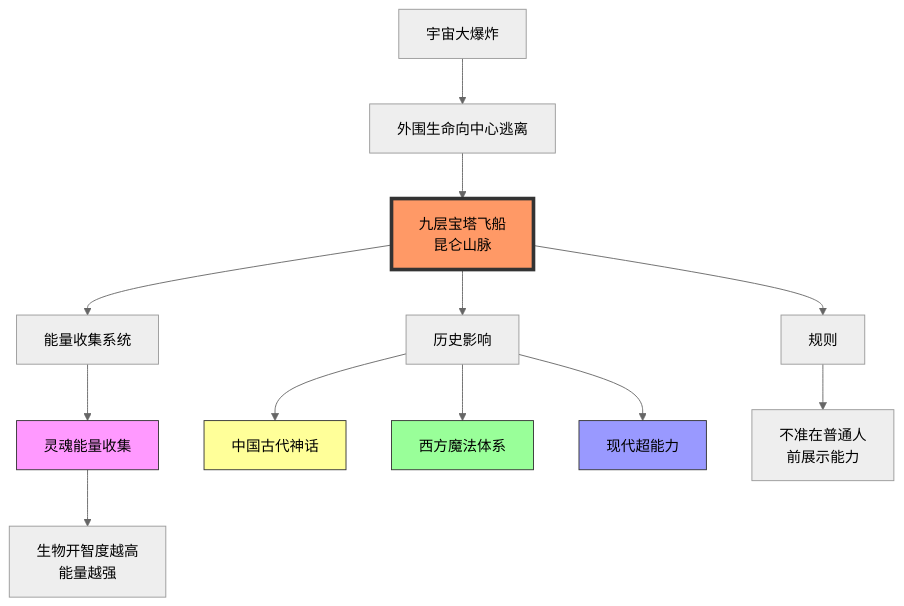
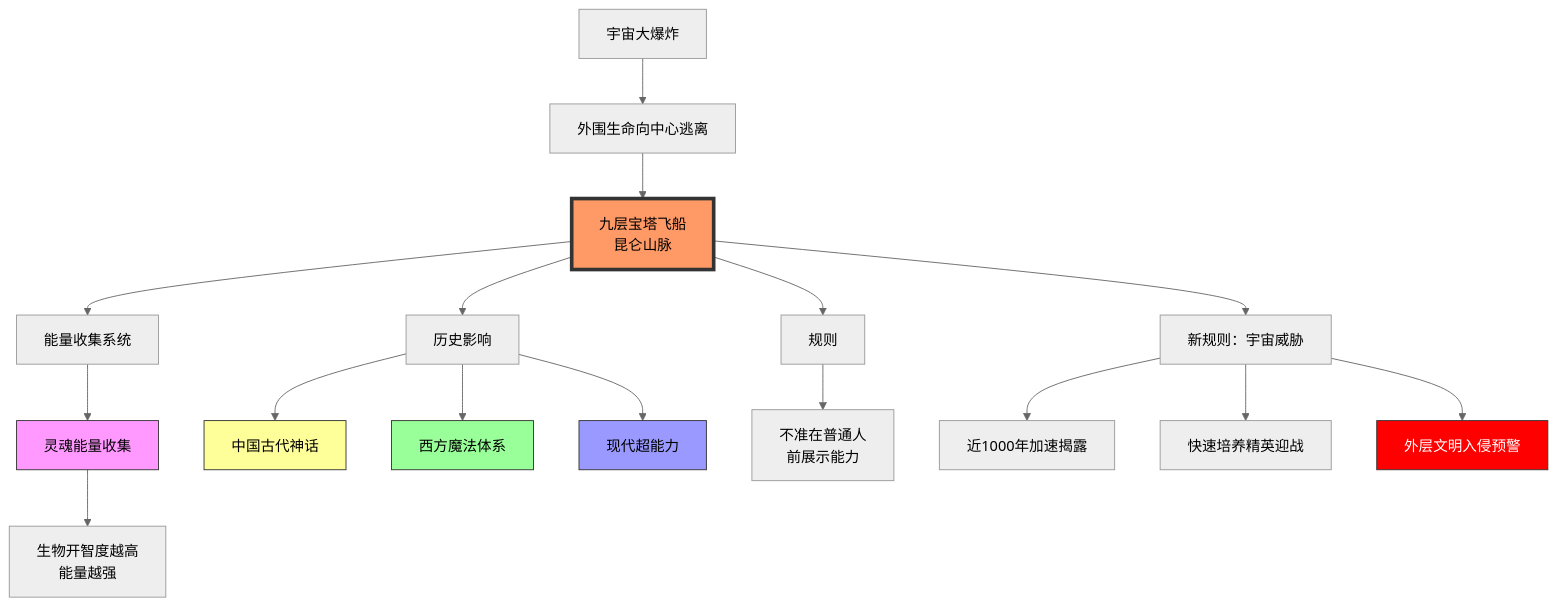
One commit to wzhgfwy001/yuanshen changed the first of 9 diagrams in skills/dynamic-multi-agent-system/docs/VISUAL-DIAGRAMS.md. Above: the diagram before and after it, drawn with Mermaid (neutral theme). The commit also changed other lines of this file and 1 other file, not shown here.

````diff
--- a/skills/dynamic-multi-agent-system/docs/VISUAL-DIAGRAMS.md
+++ b/skills/dynamic-multi-agent-system/docs/VISUAL-DIAGRAMS.md
@@ -10,23 +10,29 @@
 ```mermaid
 graph TD
     A[宇宙大爆炸] --> B[外围生命向中心逃离]
     B --> C[九层宝塔飞船<br/>昆仑山脉]
     
     C --> D[能量收集系统]
     D --> E[灵魂能量收集]
     E --> F[生物开智度越高<br/>能量越强]
     
     C --> G[历史影响]
     G --> H[中国古代神话]
     G --> I[西方魔法体系]
     G --> J[现代超能力]
     
     C --> K[规则]
     K --> L[不准在普通人<br/>前展示能力]
     
+    C --> M[新规则：宇宙威胁]
+    M --> N[近1000年加速揭露]
+    M --> O[快速培养精英迎战]
+    M --> P[外层文明入侵预警]
+    
     style C fill:#f96,stroke:#333,stroke-width:4px
     style E fill:#f9f,stroke:#333
     style H fill:#ff9,stroke:#333
     style I fill:#9f9,stroke:#333
     style J fill:#99f,stroke:#333
+    style P fill:#f00,stroke:#333,color:#fff
 ```
````
